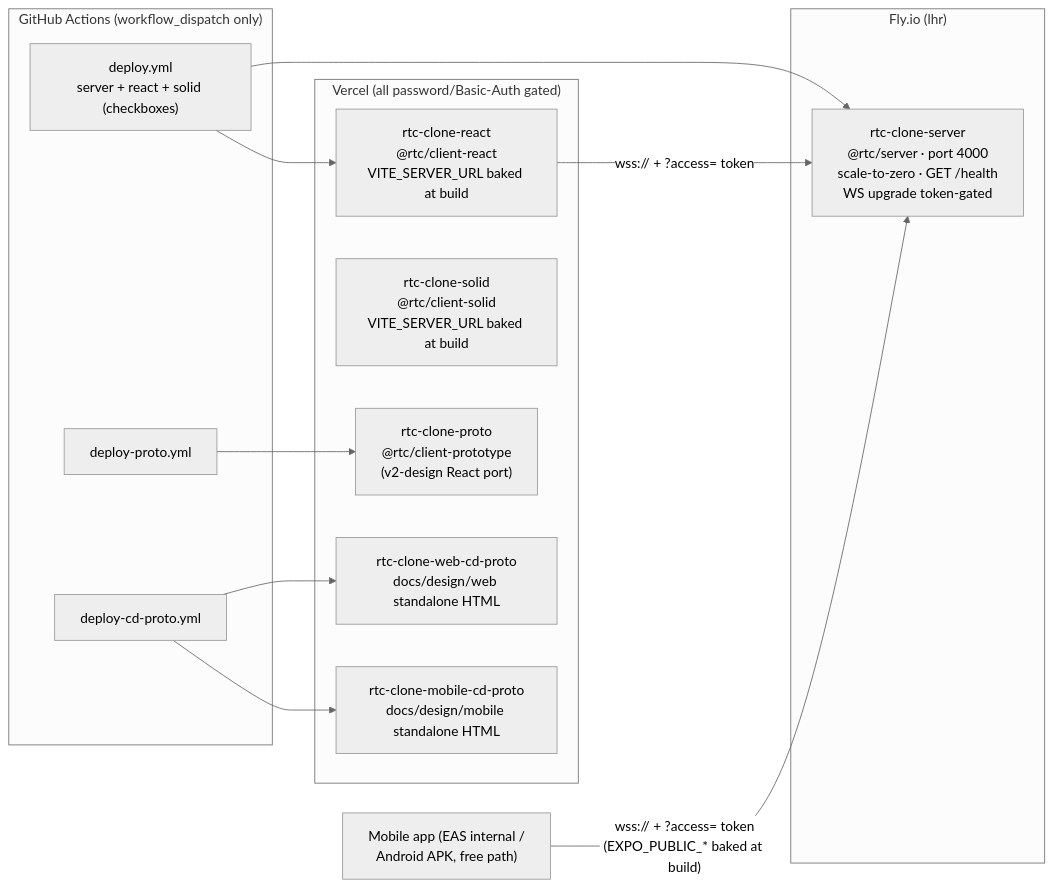
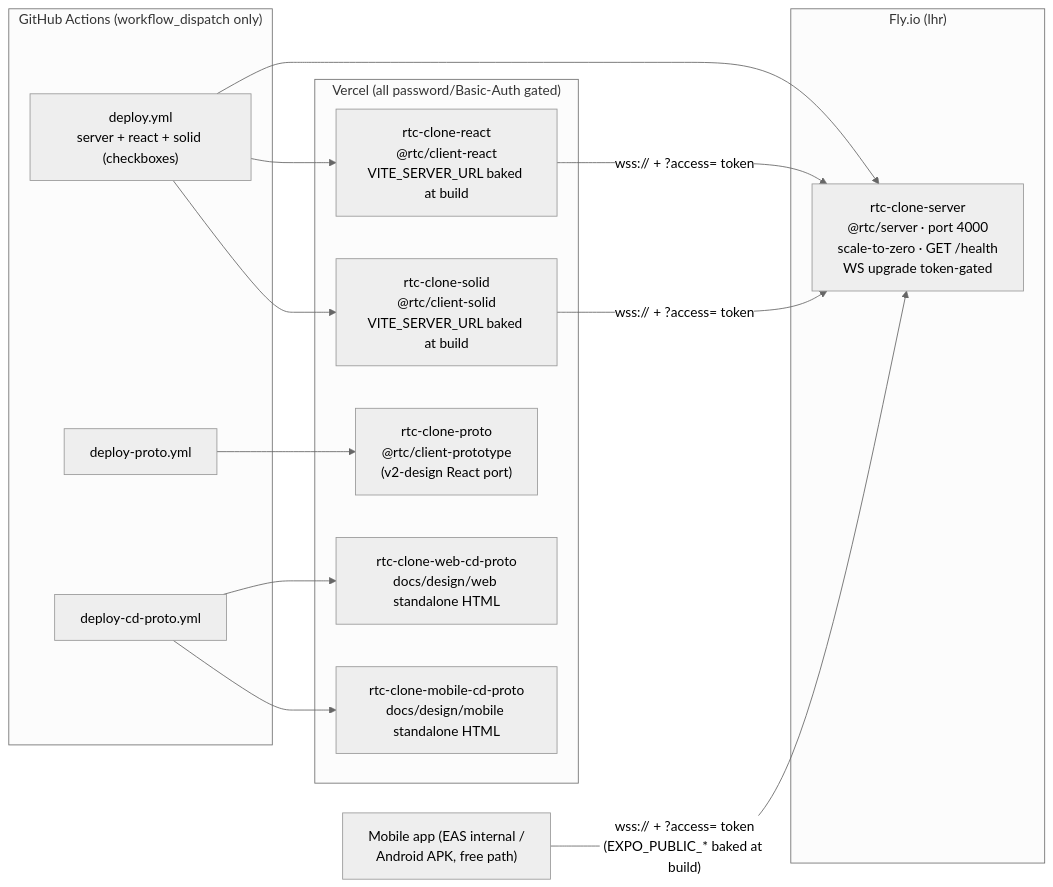
Before and after one commit to bettersoftware-io/ReactiveTraderCloudClone: the fifth of 5 diagrams in docs/architecture/07-communication-patterns.md, drawn with Mermaid (neutral theme).

Commit message:
docs(deploy): connect rtc-clone-solid node in the deploy topology diagram
The v1s (client-solid) node was added without edges; wire d1 --> v1s and
v1s --> srv so it isn't a floating node, symmetric with v1 (client-react).

Claude-Session: https://claude.ai/code/session_01FSBT2hKxdjSPc1dY1tTxux

````diff
--- a/docs/architecture/07-communication-patterns.md
+++ b/docs/architecture/07-communication-patterns.md
@@ -200,30 +200,32 @@
 ```mermaid
 flowchart LR
     subgraph GH["GitHub Actions (workflow_dispatch only)"]
         d1["deploy.yml<br/>server + react + solid (checkboxes)"]
         d2["deploy-proto.yml"]
         d3["deploy-cd-proto.yml"]
     end
 
     subgraph Fly["Fly.io (lhr)"]
         srv["rtc-clone-server<br/>@rtc/server · port 4000<br/>scale-to-zero · GET /health<br/>WS upgrade token-gated"]
     end
 
     subgraph Vercel["Vercel (all password/Basic-Auth gated)"]
         v1["rtc-clone-react<br/>@rtc/client-react<br/>VITE_SERVER_URL baked at build"]
         v1s["rtc-clone-solid<br/>@rtc/client-solid<br/>VITE_SERVER_URL baked at build"]
         v2["rtc-clone-proto<br/>@rtc/client-prototype<br/>(v2-design React port)"]
         v3["rtc-clone-web-cd-proto<br/>docs/design/web standalone HTML"]
         v4["rtc-clone-mobile-cd-proto<br/>docs/design/mobile standalone HTML"]
     end
 
     mob["Mobile app (EAS internal /<br/>Android APK, free path)"]
 
     d1 --> srv
     d1 --> v1
+    d1 --> v1s
     d2 --> v2
     d3 --> v3
     d3 --> v4
     v1 -->|"wss:// + ?access= token"| srv
+    v1s -->|"wss:// + ?access= token"| srv
     mob -->|"wss:// + ?access= token<br/>(EXPO_PUBLIC_* baked at build)"| srv
 ```
````
